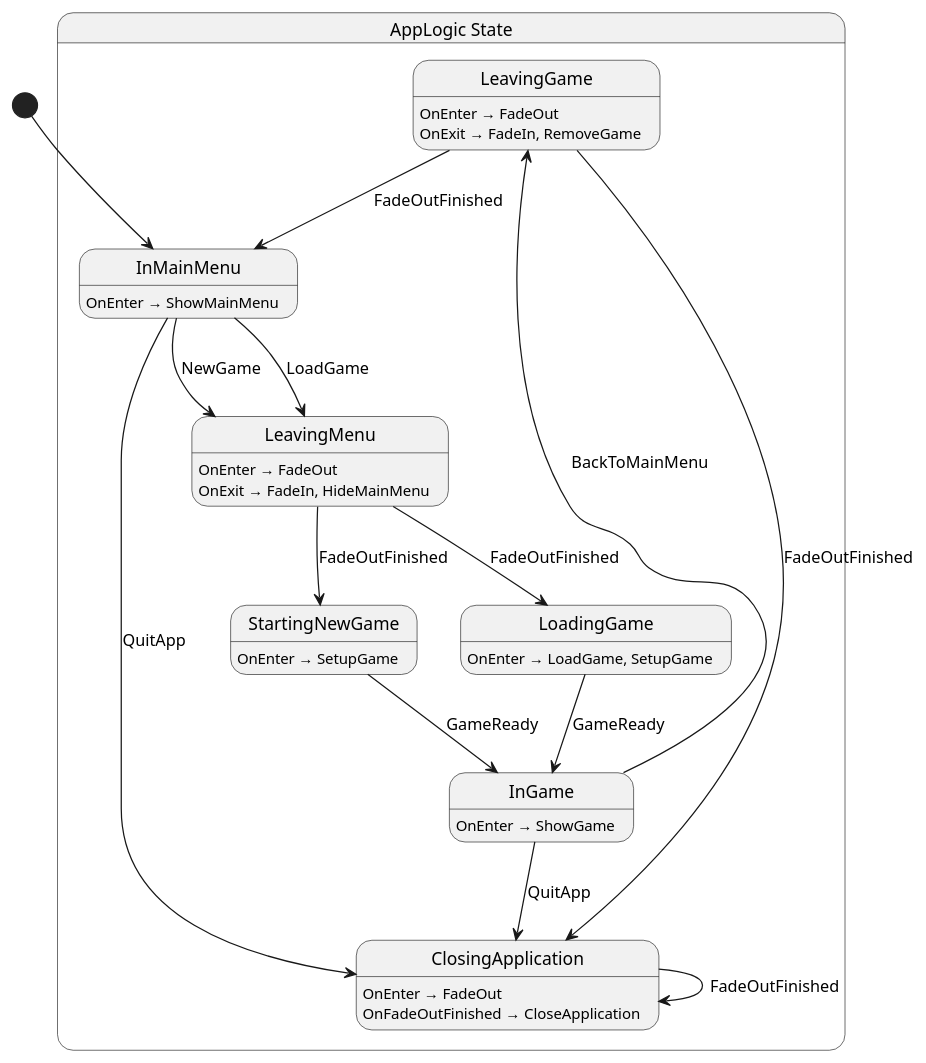
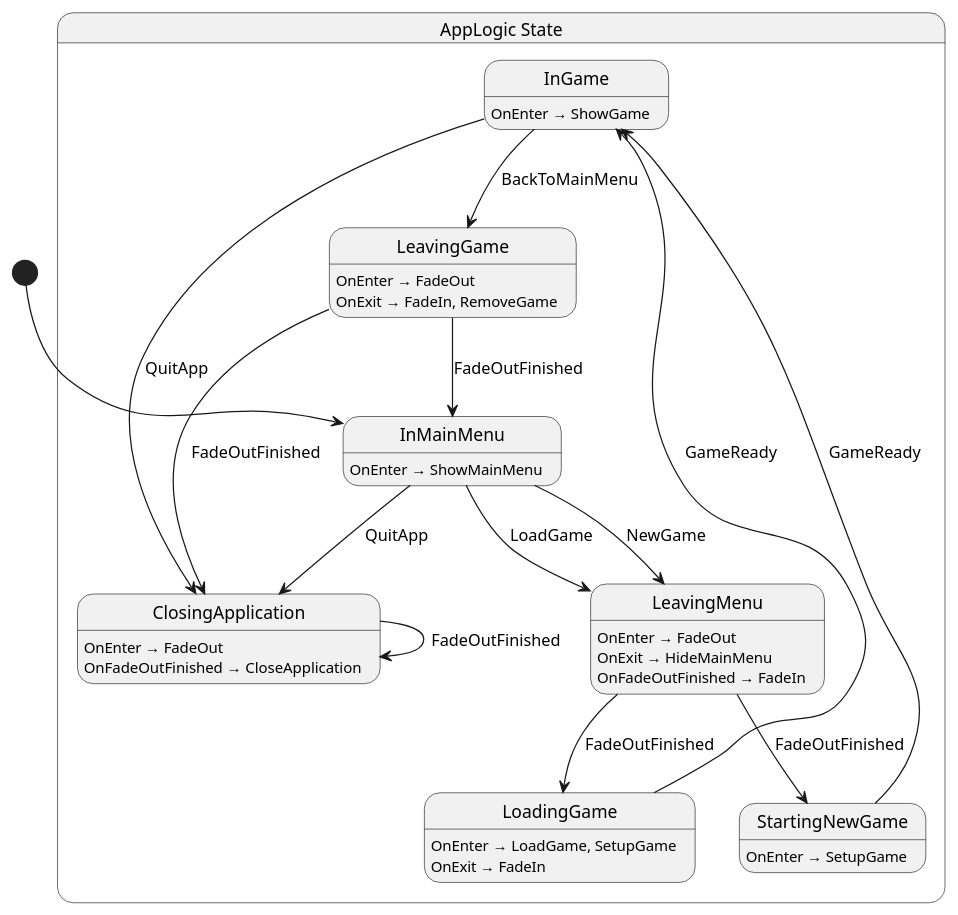
The diagram in src/app/state/AppLogic.g.puml (Nilsiker/Adventure), drawn with PlantUML before and after one commit. The commit also changed 9 other files, not shown here.

```diff
--- a/src/app/state/AppLogic.g.puml
+++ b/src/app/state/AppLogic.g.puml
@@ -1,37 +1,39 @@
 @startuml AppLogic
 state "AppLogic State" as Shellguard_AppLogic_State {
+  state "ClosingApplication" as Shellguard_AppLogic_State_ClosingApplication
+  state "InGame" as Shellguard_AppLogic_State_InGame
+  state "InMainMenu" as Shellguard_AppLogic_State_InMainMenu
   state "LeavingGame" as Shellguard_AppLogic_State_LeavingGame
-  state "InMainMenu" as Shellguard_AppLogic_State_InMainMenu
-  state "StartingNewGame" as Shellguard_AppLogic_State_StartingNewGame
   state "LeavingMenu" as Shellguard_AppLogic_State_LeavingMenu
   state "LoadingGame" as Shellguard_AppLogic_State_LoadingGame
-  state "ClosingApplication" as Shellguard_AppLogic_State_ClosingApplication
-  state "InGame" as Shellguard_AppLogic_State_InGame
+  state "StartingNewGame" as Shellguard_AppLogic_State_StartingNewGame
 }
 
 Shellguard_AppLogic_State_ClosingApplication --> Shellguard_AppLogic_State_ClosingApplication : FadeOutFinished
 Shellguard_AppLogic_State_InGame --> Shellguard_AppLogic_State_ClosingApplication : QuitApp
 Shellguard_AppLogic_State_InGame --> Shellguard_AppLogic_State_LeavingGame : BackToMainMenu
 Shellguard_AppLogic_State_InMainMenu --> Shellguard_AppLogic_State_ClosingApplication : QuitApp
 Shellguard_AppLogic_State_InMainMenu --> Shellguard_AppLogic_State_LeavingMenu : LoadGame
 Shellguard_AppLogic_State_InMainMenu --> Shellguard_AppLogic_State_LeavingMenu : NewGame
 Shellguard_AppLogic_State_LeavingGame --> Shellguard_AppLogic_State_ClosingApplication : FadeOutFinished
 Shellguard_AppLogic_State_LeavingGame --> Shellguard_AppLogic_State_InMainMenu : FadeOutFinished
 Shellguard_AppLogic_State_LeavingMenu --> Shellguard_AppLogic_State_LoadingGame : FadeOutFinished
 Shellguard_AppLogic_State_LeavingMenu --> Shellguard_AppLogic_State_StartingNewGame : FadeOutFinished
 Shellguard_AppLogic_State_LoadingGame --> Shellguard_AppLogic_State_InGame : GameReady
 Shellguard_AppLogic_State_StartingNewGame --> Shellguard_AppLogic_State_InGame : GameReady
 
 Shellguard_AppLogic_State_ClosingApplication : OnEnter → FadeOut
 Shellguard_AppLogic_State_ClosingApplication : OnFadeOutFinished → CloseApplication
 Shellguard_AppLogic_State_InGame : OnEnter → ShowGame
 Shellguard_AppLogic_State_InMainMenu : OnEnter → ShowMainMenu
 Shellguard_AppLogic_State_LeavingGame : OnEnter → FadeOut
 Shellguard_AppLogic_State_LeavingGame : OnExit → FadeIn, RemoveGame
 Shellguard_AppLogic_State_LeavingMenu : OnEnter → FadeOut
-Shellguard_AppLogic_State_LeavingMenu : OnExit → FadeIn, HideMainMenu
+Shellguard_AppLogic_State_LeavingMenu : OnExit → HideMainMenu
+Shellguard_AppLogic_State_LeavingMenu : OnFadeOutFinished → FadeIn
 Shellguard_AppLogic_State_LoadingGame : OnEnter → LoadGame, SetupGame
+Shellguard_AppLogic_State_LoadingGame : OnExit → FadeIn
 Shellguard_AppLogic_State_StartingNewGame : OnEnter → SetupGame
 
 [*] --> Shellguard_AppLogic_State_InMainMenu
 @enduml
```
